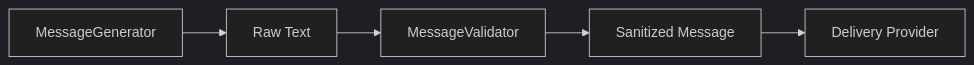
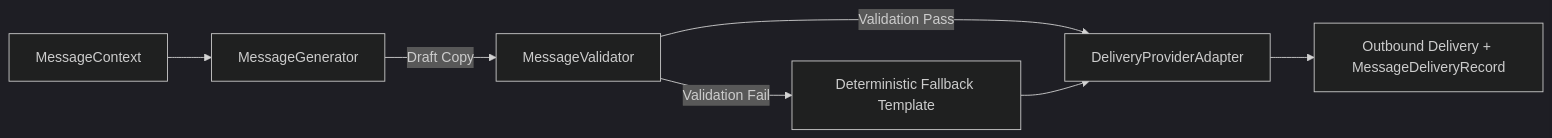
Before and after one commit to Samarjamal326/PayBack: the fifth of 7 diagrams in README.md, drawn with Mermaid (dark theme). The commit also changed other lines of this file, not shown here.

Commit message:
docs: comprehensively update and rewrite README.md for current architecture and capabilities

````diff
--- a/README.md
+++ b/README.md
@@ -307,7 +478,9 @@
 ```mermaid
 flowchart LR
-    GEN[MessageGenerator] --> RAW[Raw Text]
-    RAW --> VAL[MessageValidator]
-    VAL --> SAFE[Sanitized Message]
-    SAFE --> DEL[Delivery Provider]
+    CTX[MessageContext] --> GEN[MessageGenerator]
+    GEN -->|Draft Copy| VAL[MessageValidator]
+    VAL -->|Validation Pass| DEL[DeliveryProviderAdapter]
+    VAL -->|Validation Fail| FB[Deterministic Fallback Template]
+    FB --> DEL
+    DEL --> OUT[Outbound Delivery + MessageDeliveryRecord]
 ```
````
